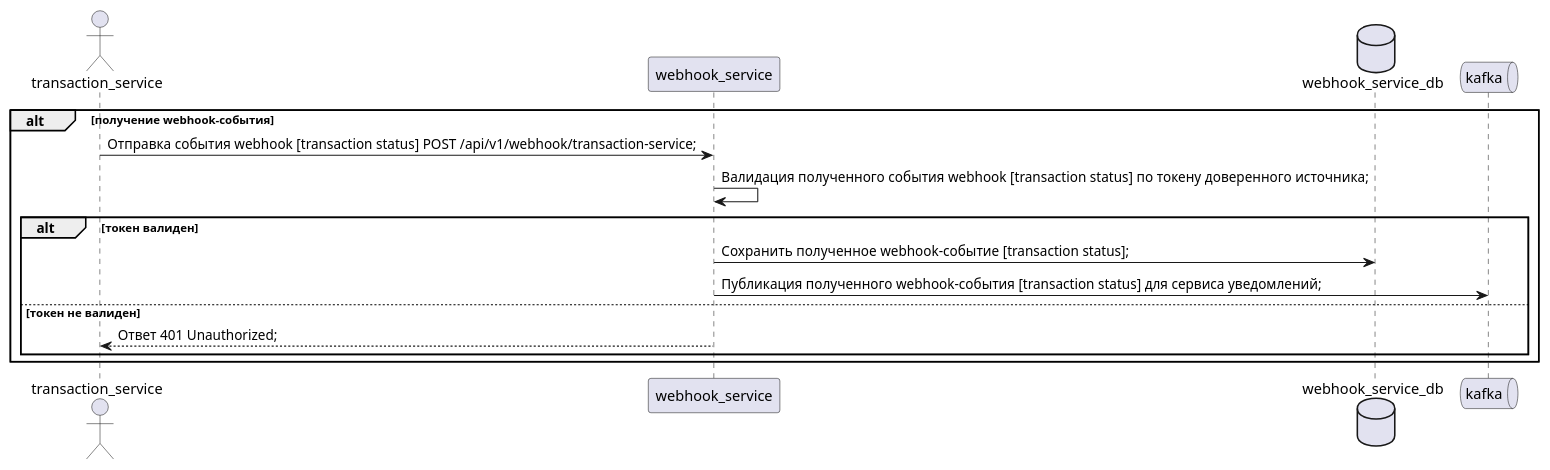
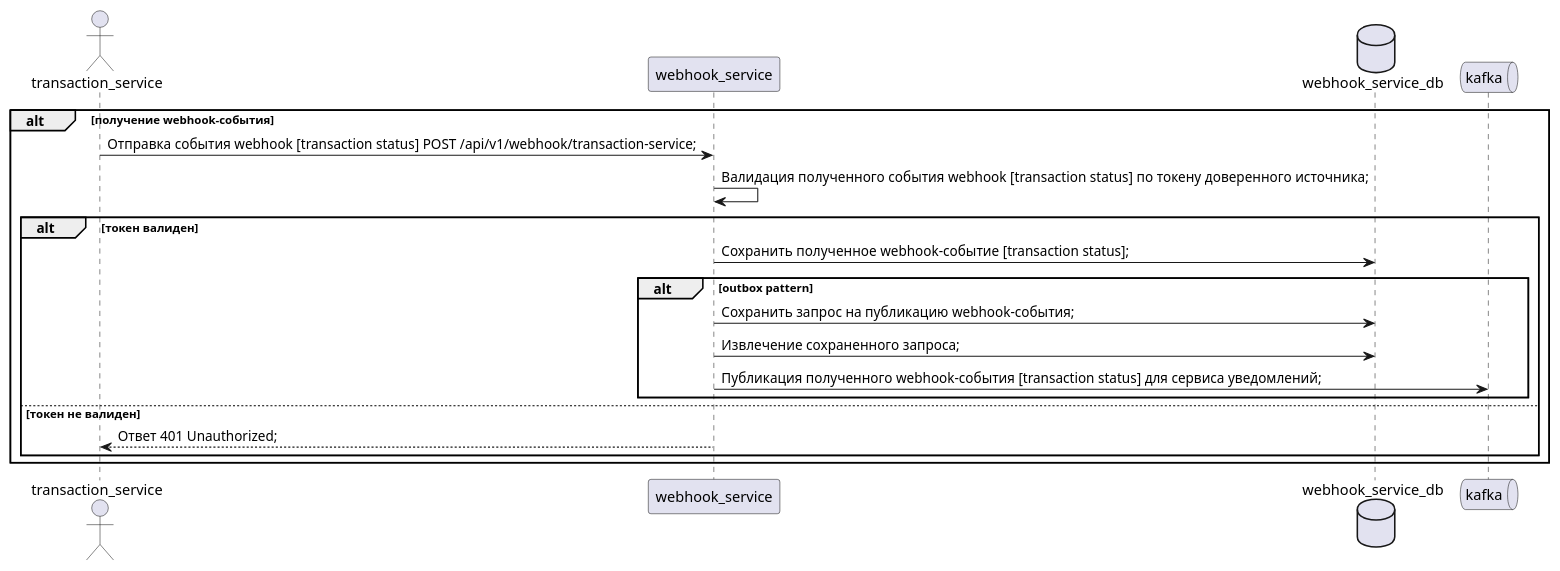
One commit to U-235-92/payment-system changed the diagram in diagrams/webhook-sevice-interaction/post_webhook_uml.puml. Above: the diagram before and after it, drawn with PlantUML. The commit also changed 3 other files, not shown here.

Commit message:
Module #7. V31_10_2026 [diagrams]. Added UML diagrams of publication of webhook-event to kafka, updated post webhook UML.

```diff
--- a/diagrams/webhook-sevice-interaction/post_webhook_uml.puml
+++ b/diagrams/webhook-sevice-interaction/post_webhook_uml.puml
@@ -1,23 +1,28 @@
 @startuml
 
 actor transaction_service
 participant webhook_service
 database webhook_service_db
 queue kafka
 
 alt получение webhook-события
 	transaction_service -> webhook_service : Отправка события webhook [transaction status] POST /api/v1/webhook/transaction-service;
 	webhook_service -> webhook_service : Валидация полученного события webhook [transaction status] по токену доверенного источника;
 	
 	alt токен валиден
 		webhook_service -> webhook_service_db : Сохранить полученное webhook-событие [transaction status];
-		webhook_service -> kafka : Публикация полученного webhook-события [transaction status] для сервиса уведомлений;
+		
+		alt outbox pattern
+			webhook_service -> webhook_service_db : Сохранить запрос на публикацию webhook-события;
+			webhook_service -> webhook_service_db : Извлечение сохраненного запроса;
+			webhook_service -> kafka : Публикация полученного webhook-события [transaction status] для сервиса уведомлений;
+		end
 		
 	else токен не валиден
 		webhook_service --> transaction_service : Ответ 401 Unauthorized;
 	end
 
 end
 
 
 @enduml
```
